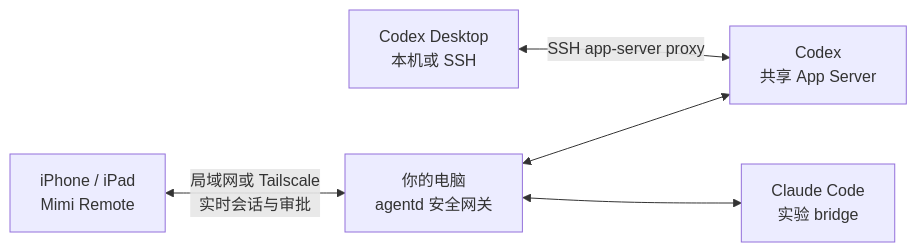
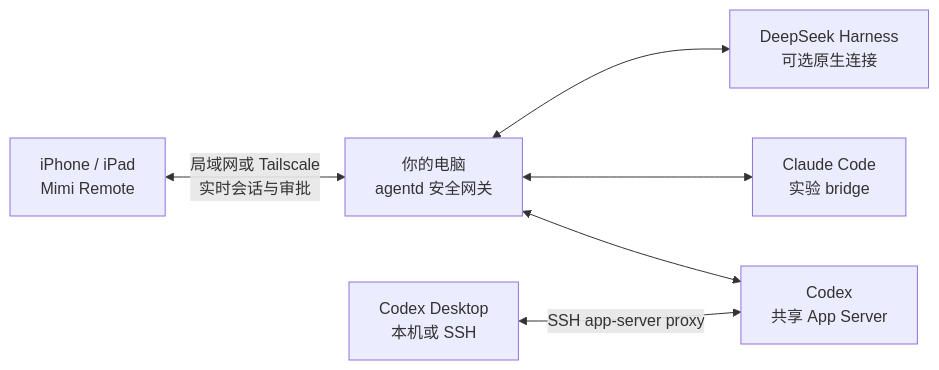
The diagram in README.zh-CN.md (gaixianggeng/mimi-remote), drawn with Mermaid before and after one commit. The commit also changed other lines of this file and 4 other files, not shown here.

````diff
--- a/README.zh-CN.md
+++ b/README.zh-CN.md
@@ -116,13 +107,15 @@
 ```mermaid
 flowchart LR
     Mobile["iPhone / iPad<br/>Mimi Remote"]
     Gateway["你的电脑<br/>agentd 安全网关"]
     Codex["Codex<br/>共享 App Server"]
     Desktop["Codex Desktop<br/>本机或 SSH"]
     Claude["Claude Code<br/>实验 bridge"]
+    DeepSeek["DeepSeek Harness<br/>可选原生连接"]
 
     Mobile <-->|"局域网或 Tailscale<br/>实时会话与审批"| Gateway
     Gateway <--> Codex
     Desktop <-->|"SSH app-server proxy"| Codex
     Gateway <--> Claude
+    Gateway <--> DeepSeek
 ```
````
